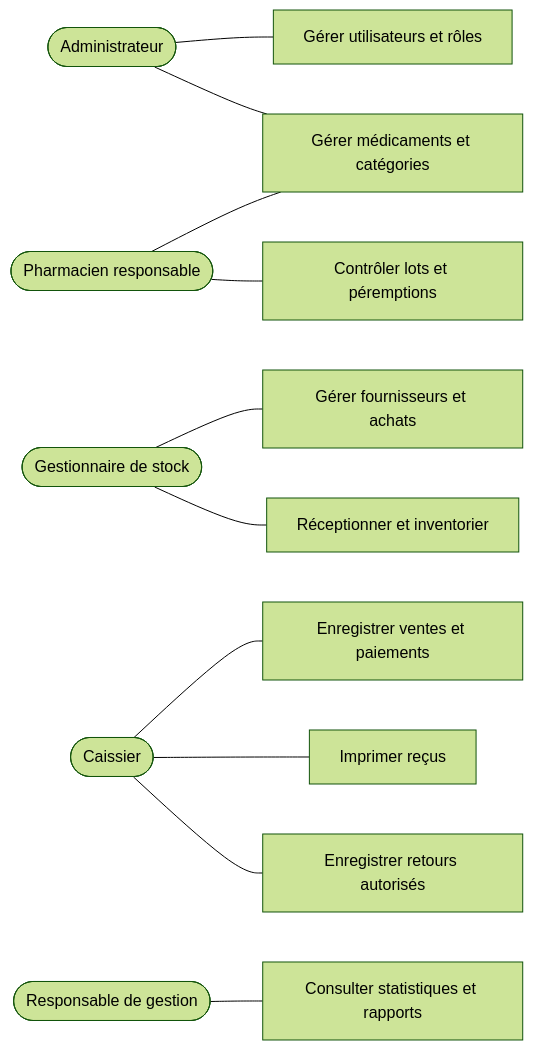
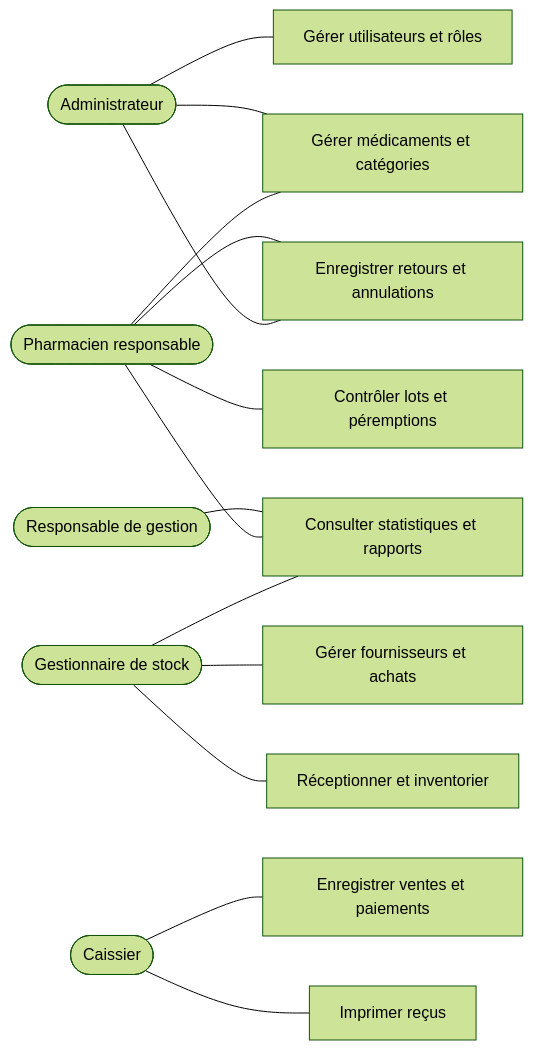
The first of 8 diagrams in docs/conception.md (Mathieu-35/pharmagest), drawn with Mermaid (forest theme) before and after one commit. The commit also changed other lines of this file and 23 other files, not shown here.

````diff
--- a/docs/conception.md
+++ b/docs/conception.md
@@ -7,19 +7,22 @@
 ```mermaid
 flowchart LR
     Admin([Administrateur])
     Pharm([Pharmacien responsable])
     Stock([Gestionnaire de stock])
     Caisse([Caissier])
     Gest([Responsable de gestion])
 
     Admin --- U1[Gérer utilisateurs et rôles]
     Admin --- U2[Gérer médicaments et catégories]
     Pharm --- U2
     Pharm --- U3[Contrôler lots et péremptions]
     Stock --- U4[Gérer fournisseurs et achats]
     Stock --- U5[Réceptionner et inventorier]
     Caisse --- U6[Enregistrer ventes et paiements]
     Caisse --- U7[Imprimer reçus]
-    Caisse --- U8[Enregistrer retours autorisés]
+    Pharm --- U8[Enregistrer retours et annulations]
+    Admin --- U8
     Gest --- U9[Consulter statistiques et rapports]
+    Pharm --- U9
+    Stock --- U9
 ```
````
